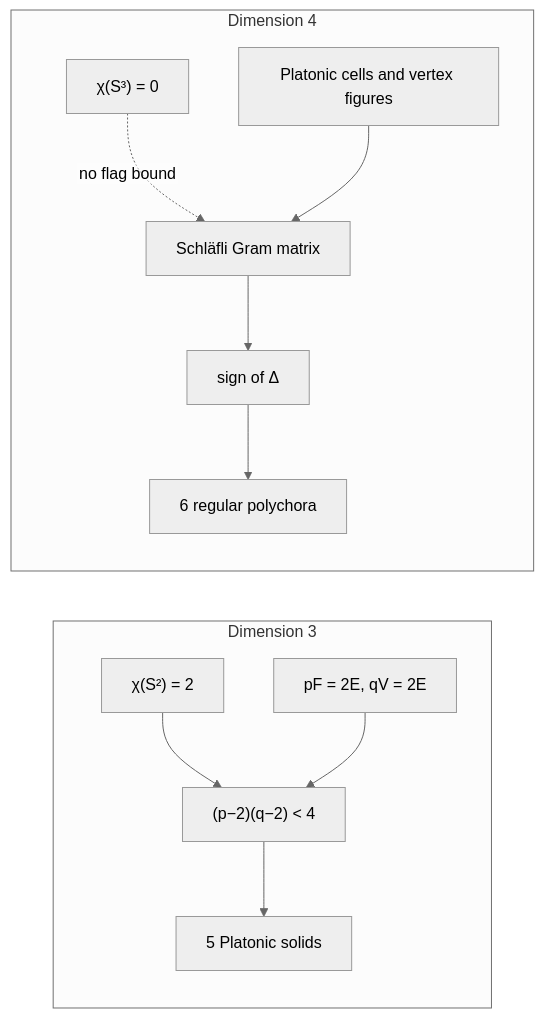
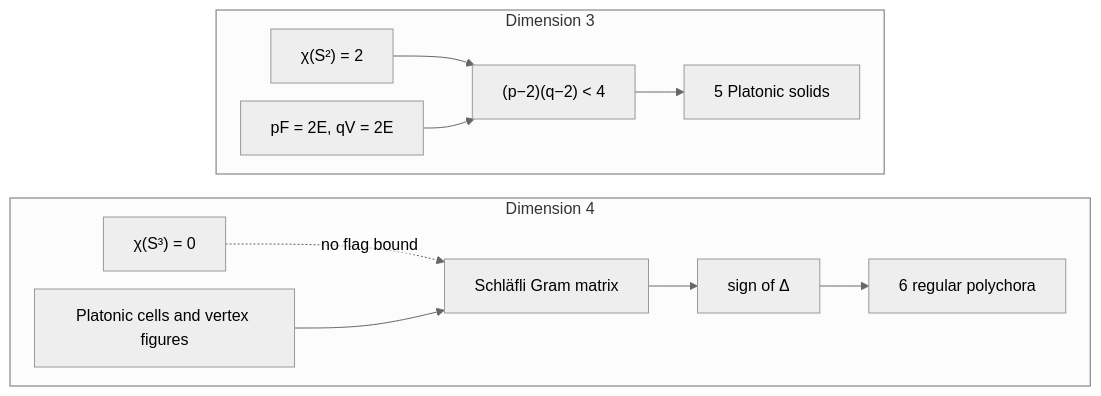
Before and after one commit to catskillsresearch/platonic-solids: the diagram in figures/overview.mmd, drawn with Mermaid. The commit also changed 7 other files, not shown here.

Commit message:
Fix the overview figure layout.

```diff
--- a/figures/overview.mmd
+++ b/figures/overview.mmd
@@ -1,22 +1,25 @@
-%%{init: {"theme": "neutral", "flowchart": {"htmlLabels": false, "curve": "basis"}}}%%
-flowchart LR
+%%{init: {"theme": "neutral", "flowchart": {"htmlLabels": false, "curve": "basis", "nodeSpacing": 18, "rankSpacing": 24}}}%%
+flowchart TB
   subgraph D3["Dimension 3"]
+    direction LR
     E2["χ(S²) = 2"]
     Inc["pF = 2E, qV = 2E"]
     Dioph["(p−2)(q−2) < 4"]
     Five["5 Platonic solids"]
     E2 --> Dioph
     Inc --> Dioph
     Dioph --> Five
   end
   subgraph D4["Dimension 4"]
+    direction LR
     Chi0["χ(S³) = 0"]
     Plat["Platonic cells and vertex figures"]
     Gram["Schläfli Gram matrix"]
     Delta["sign of Δ"]
     Six["6 regular polychora"]
     Chi0 -.->|"no flag bound"| Gram
     Plat --> Gram
     Gram --> Delta
     Delta --> Six
   end
+  D3 ~~~ D4
```
